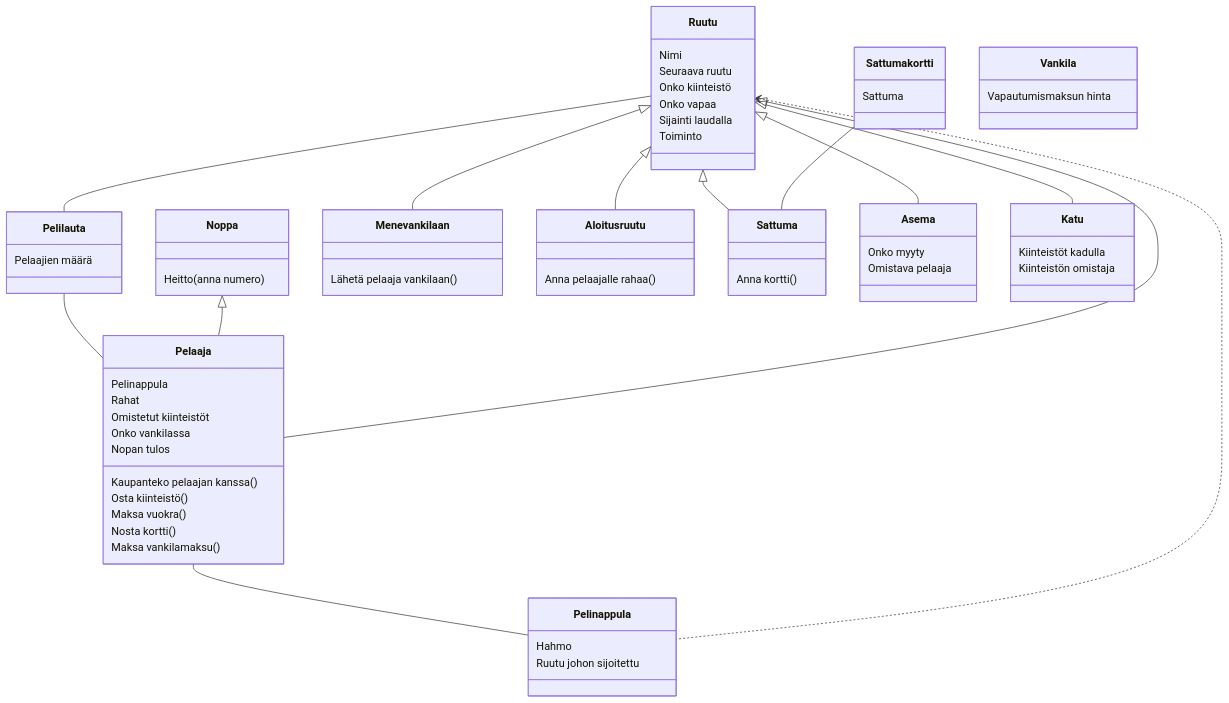
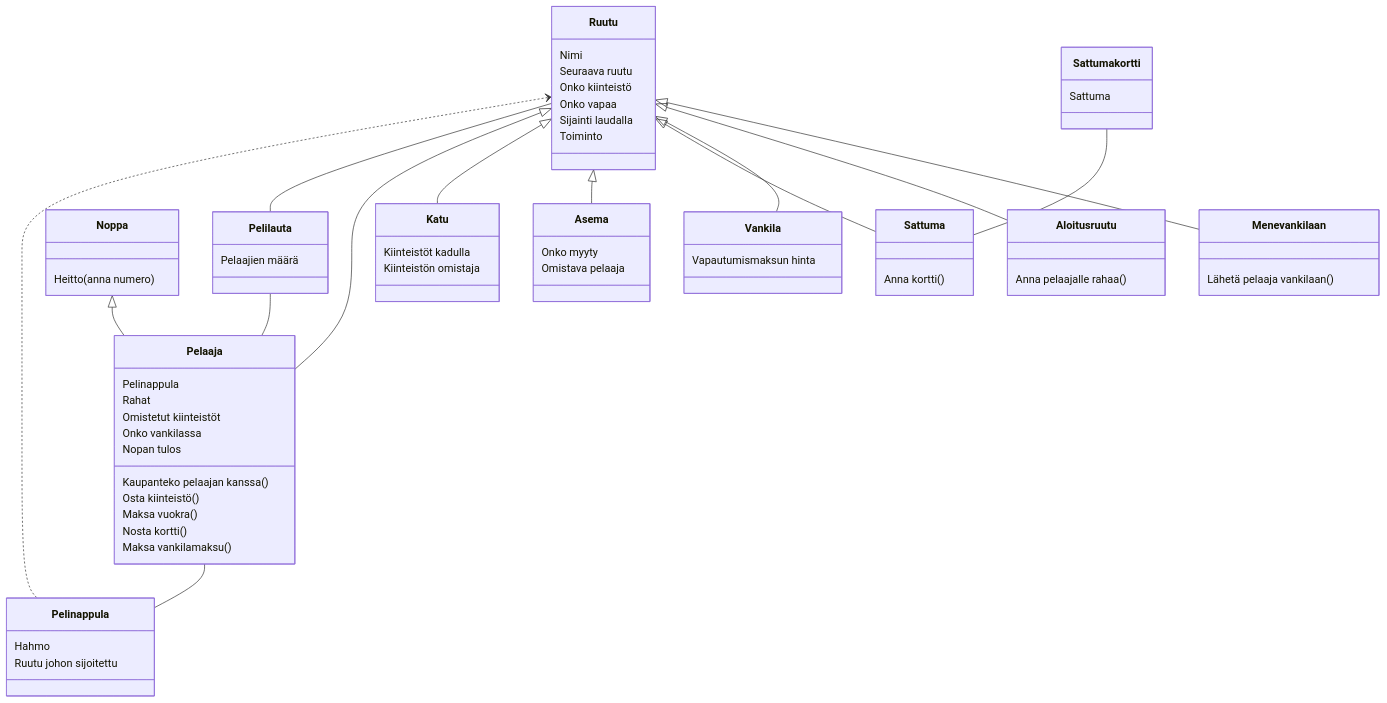
Before and after one commit to kodtld/TravelHub: the diagram in laskarit/viikko3/luokkakaavio.md, drawn with Mermaid.

````diff
--- a/laskarit/viikko3/luokkakaavio.md
+++ b/laskarit/viikko3/luokkakaavio.md
@@ -1,77 +1,78 @@
 ```mermaid
  classDiagram
       Pelilauta -- Pelaaja
       Noppa  <|-- Pelaaja
       Ruutu  <|-- Menevankilaan
       Ruutu  <|-- Aloitusruutu
+      Ruutu  <|-- Vankila
       Ruutu  <|-- Sattuma
       Ruutu  <|-- Asema
       Ruutu  <|-- Katu
       Ruutu  <|-- Pelaaja
       Ruutu -- Pelilauta
       Pelaaja -- Pelinappula
       Ruutu <.. Pelinappula
       Sattumakortti -- Sattuma  
 
       Pelilauta : Pelaajien määrä
 
 
       class Pelaaja{
           Pelinappula
           Rahat
           Omistetut kiinteistöt  
           Onko vankilassa
           Nopan tulos
           
           Kaupanteko pelaajan kanssa()
           Osta kiinteistö()
           Maksa vuokra()
           Nosta kortti()
           Maksa vankilamaksu()  
       }
 
       class Pelinappula{
           Hahmo
           Ruutu johon sijoitettu
       }
 
       class Noppa{
           Heitto(anna numero)
       }
 
       class Ruutu{
           Nimi
           Seuraava ruutu
           Onko kiinteistö
           Onko vapaa
           Sijainti laudalla
           Toiminto
       }
 
       class Menevankilaan{
           Lähetä pelaaja vankilaan()
       }
       class Vankila{
           Vapautumismaksun hinta
       }
       class Aloitusruutu{
           Anna pelaajalle rahaa()
       }
       class Sattuma{
           Anna kortti()
       }
 
       class Sattumakortti{
           Sattuma
       }
 
       class Asema{
           Onko myyty
           Omistava pelaaja
       }
 
       class Katu{
           Kiinteistöt kadulla
           Kiinteistön omistaja
       }
 ```
````
